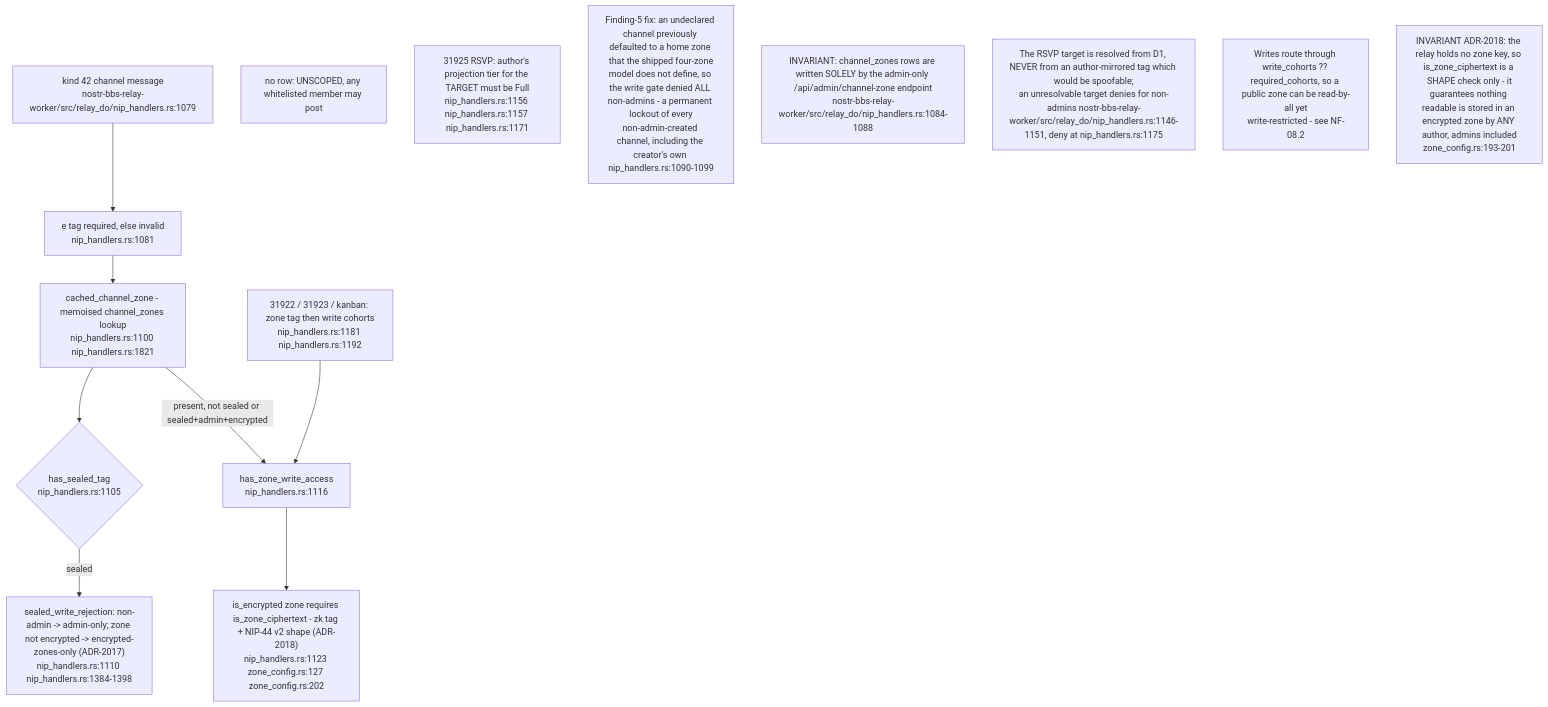
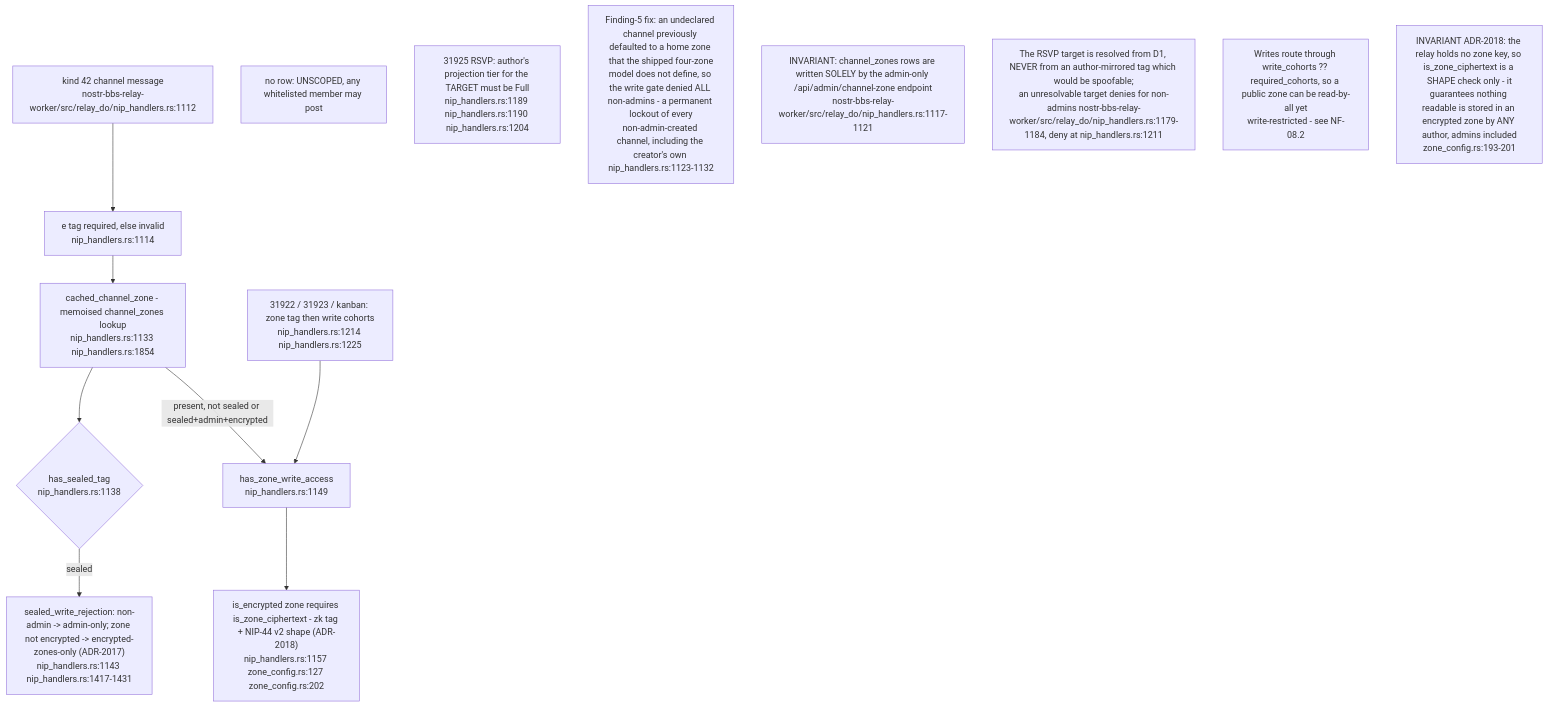
Diagram 12 of 14 in docs/diagrams/nostr-rust-forum/03-relay-worker-admission-auth-and-trust.md (DreamLab-AI/VisionFlow), drawn with Mermaid before and after one commit. The commit also changed other lines of this file and 111 other files, not shown here.

Commit message:
docs(diagrams): align estate maps with current source

````diff
--- a/docs/diagrams/nostr-rust-forum/03-relay-worker-admission-auth-and-trust.md
+++ b/docs/diagrams/nostr-rust-forum/03-relay-worker-admission-auth-and-trust.md
@@ -318,26 +318,26 @@
 ```mermaid
 flowchart TB
-    K42["kind 42 channel message<br/>nostr-bbs-relay-worker/src/relay_do/nip_handlers.rs:1079"]
-    ETAG["e tag required, else invalid<br/>nip_handlers.rs:1081"]
-    CZ["cached_channel_zone - memoised channel_zones lookup<br/>nip_handlers.rs:1100 nip_handlers.rs:1821"]
-    SEALED{"has_sealed_tag<br/>nip_handlers.rs:1105"}
-    SREJ["sealed_write_rejection: non-admin -> admin-only; zone not encrypted -> encrypted-zones-only (ADR-2017)<br/>nip_handlers.rs:1110 nip_handlers.rs:1384-1398"]
+    K42["kind 42 channel message<br/>nostr-bbs-relay-worker/src/relay_do/nip_handlers.rs:1112"]
+    ETAG["e tag required, else invalid<br/>nip_handlers.rs:1114"]
+    CZ["cached_channel_zone - memoised channel_zones lookup<br/>nip_handlers.rs:1133 nip_handlers.rs:1854"]
+    SEALED{"has_sealed_tag<br/>nip_handlers.rs:1138"}
+    SREJ["sealed_write_rejection: non-admin -> admin-only; zone not encrypted -> encrypted-zones-only (ADR-2017)<br/>nip_handlers.rs:1143 nip_handlers.rs:1417-1431"]
     UNSCOPED["no row: UNSCOPED, any whitelisted member may post"]
-    WGATE["has_zone_write_access<br/>nip_handlers.rs:1116"]
-    CIPHER["is_encrypted zone requires is_zone_ciphertext - zk tag + NIP-44 v2 shape (ADR-2018)<br/>nip_handlers.rs:1123 zone_config.rs:127 zone_config.rs:202"]
-    CAL["31922 / 31923 / kanban: zone tag then write cohorts<br/>nip_handlers.rs:1181 nip_handlers.rs:1192"]
-    RSVP["31925 RSVP: author's projection tier for the TARGET must be Full<br/>nip_handlers.rs:1156 nip_handlers.rs:1157 nip_handlers.rs:1171"]
+    WGATE["has_zone_write_access<br/>nip_handlers.rs:1149"]
+    CIPHER["is_encrypted zone requires is_zone_ciphertext - zk tag + NIP-44 v2 shape (ADR-2018)<br/>nip_handlers.rs:1157 zone_config.rs:127 zone_config.rs:202"]
+    CAL["31922 / 31923 / kanban: zone tag then write cohorts<br/>nip_handlers.rs:1214 nip_handlers.rs:1225"]
+    RSVP["31925 RSVP: author's projection tier for the TARGET must be Full<br/>nip_handlers.rs:1189 nip_handlers.rs:1190 nip_handlers.rs:1204"]
 
     K42 --> ETAG --> CZ
     CZ --> SEALED
     SEALED -->|"sealed"| SREJ
     CZ -->|"present, not sealed or sealed+admin+encrypted"| WGATE
     WGATE --> CIPHER
     CAL --> WGATE
 
-    N1["Finding-5 fix: an undeclared channel previously defaulted to a home zone that the shipped four-zone<br/>model does not define, so the write gate denied ALL non-admins - a permanent lockout of every<br/>non-admin-created channel, including the creator's own nip_handlers.rs:1090-1099"]
-    N2["INVARIANT: channel_zones rows are written SOLELY by the admin-only /api/admin/channel-zone endpoint<br/>nostr-bbs-relay-worker/src/relay_do/nip_handlers.rs:1084-1088"]
-    N3["The RSVP target is resolved from D1, NEVER from an author-mirrored tag which would be spoofable;<br/>an unresolvable target denies for non-admins nostr-bbs-relay-worker/src/relay_do/nip_handlers.rs:1146-1151, deny at nip_handlers.rs:1175"]
+    N1["Finding-5 fix: an undeclared channel previously defaulted to a home zone that the shipped four-zone<br/>model does not define, so the write gate denied ALL non-admins - a permanent lockout of every<br/>non-admin-created channel, including the creator's own nip_handlers.rs:1123-1132"]
+    N2["INVARIANT: channel_zones rows are written SOLELY by the admin-only /api/admin/channel-zone endpoint<br/>nostr-bbs-relay-worker/src/relay_do/nip_handlers.rs:1117-1121"]
+    N3["The RSVP target is resolved from D1, NEVER from an author-mirrored tag which would be spoofable;<br/>an unresolvable target denies for non-admins nostr-bbs-relay-worker/src/relay_do/nip_handlers.rs:1179-1184, deny at nip_handlers.rs:1211"]
     N4["Writes route through write_cohorts ?? required_cohorts, so a public zone can be read-by-all yet<br/>write-restricted - see NF-08.2"]
     N5["INVARIANT ADR-2018: the relay holds no zone key, so is_zone_ciphertext is a SHAPE check only - it<br/>guarantees nothing readable is stored in an encrypted zone by ANY author, admins included<br/>zone_config.rs:193-201"]
 ```
````
